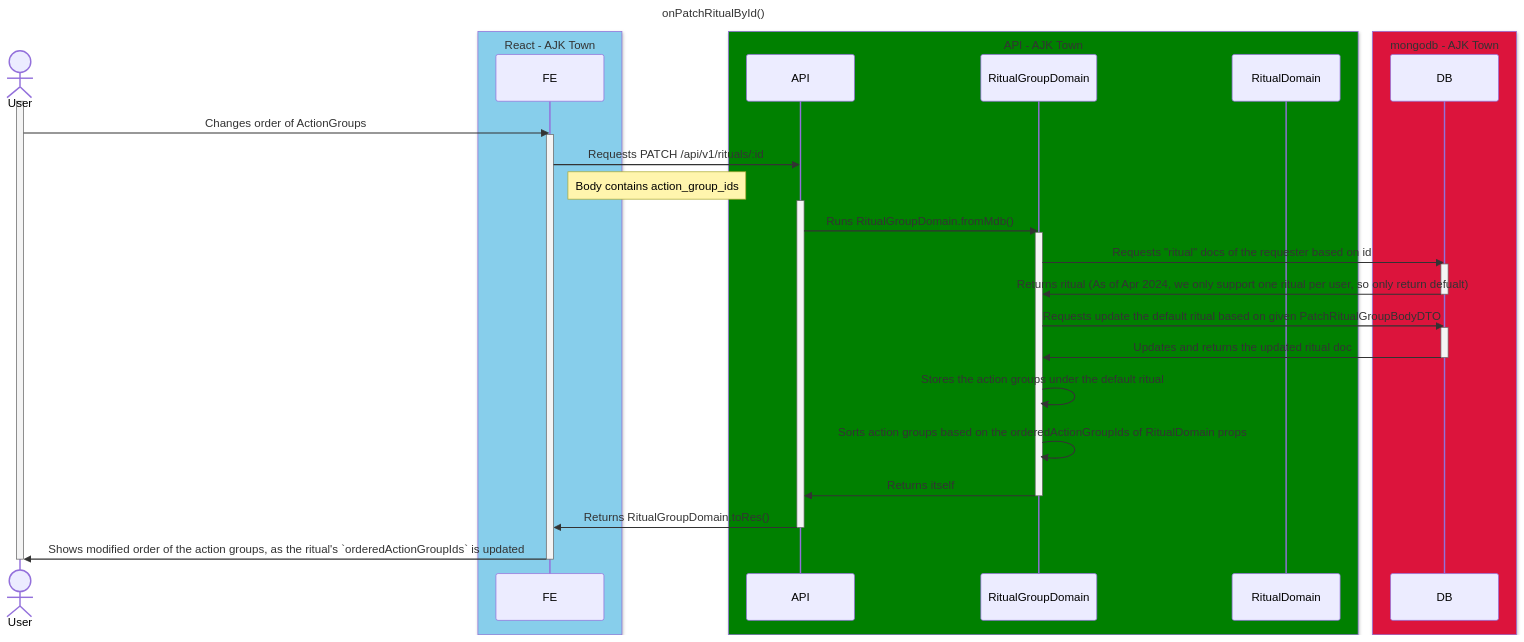
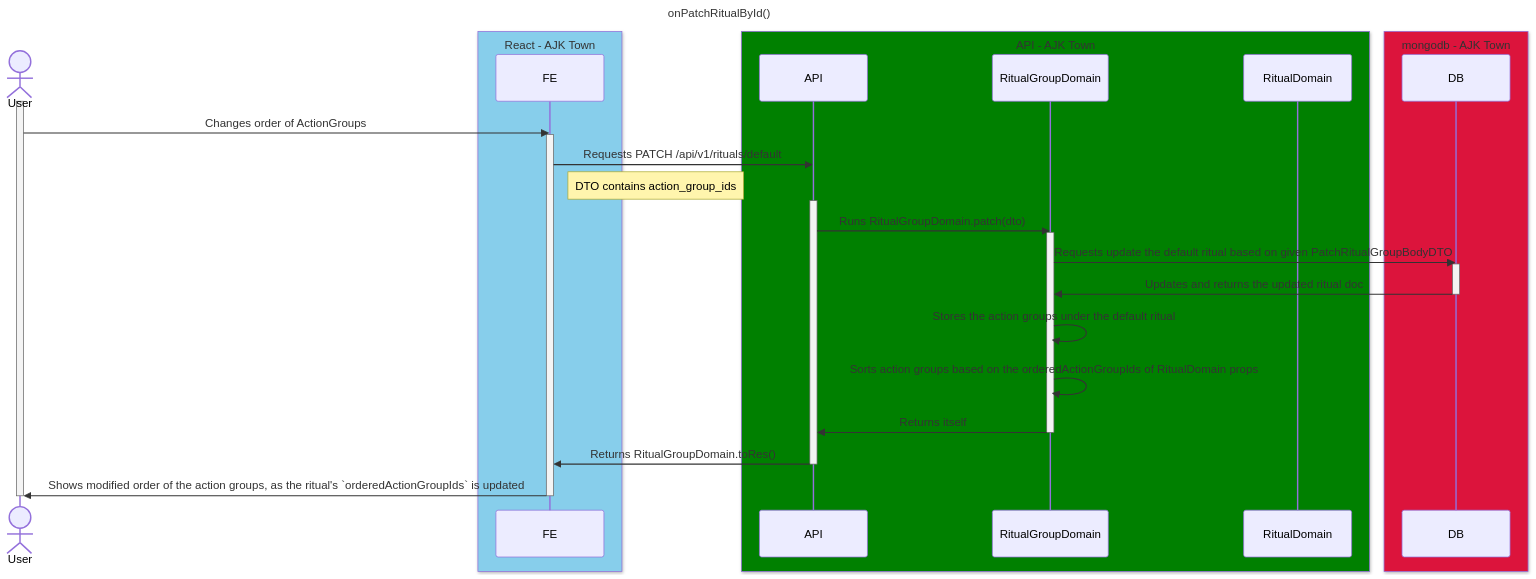
Before and after one commit to ajktown/docs: the diagram in dev_consistency/diagrams/on-patch-ritual-by-id.md, drawn with Mermaid. The commit also changed 1 other file, not shown here.

Commit message:
doc: copied doc fixed

````diff
--- a/dev_consistency/diagrams/on-patch-ritual-by-id.md
+++ b/dev_consistency/diagrams/on-patch-ritual-by-id.md
@@ -27,45 +27,41 @@
 ```mermaid
 
 sequenceDiagram
 title: onPatchRitualById()
 
 actor user as User
 box SkyBlue React - AJK Town
   participant fe as FE
 end
 box Green API - AJK Town
   participant api as API
   participant domain as RitualGroupDomain
   participant ritual_domain as RitualDomain
 end
 box Crimson mongodb - AJK Town
   participant db as DB
 end
 
 
 activate user
   user ->> fe: Changes order of ActionGroups
   activate fe
-    fe ->> api: Requests PATCH /api/v1/rituals/:id
-    Note right of fe: Body contains action_group_ids
+    fe ->> api: Requests PATCH /api/v1/rituals/default
+    Note right of fe: DTO contains action_group_ids
     activate api
-      api ->> domain: Runs RitualGroupDomain.fromMdb()
+      api ->> domain: Runs RitualGroupDomain.patch(dto)
       activate domain
-        domain ->> db: Requests "ritual" docs of the requester based on id
-        activate db
-          db ->> domain: Returns ritual (As of Apr 2024, we only support one ritual per user, so only return defualt)
-        deactivate db
         domain ->> db: Requests update the default ritual based on given PatchRitualGroupBodyDTO
         activate db
           db ->> domain: Updates and returns the updated ritual doc
         deactivate db
         domain ->> domain: Stores the action groups under the default ritual
         domain ->> domain: Sorts action groups based on the orderedActionGroupIds of RitualDomain props
         domain ->> api: Returns itself
       deactivate domain
       api ->> fe: Returns RitualGroupDomain.toRes()
     deactivate api
     fe ->> user: Shows modified order of the action groups, as the ritual's `orderedActionGroupIds` is updated
   deactivate fe
 deactivate user
 ```
````
